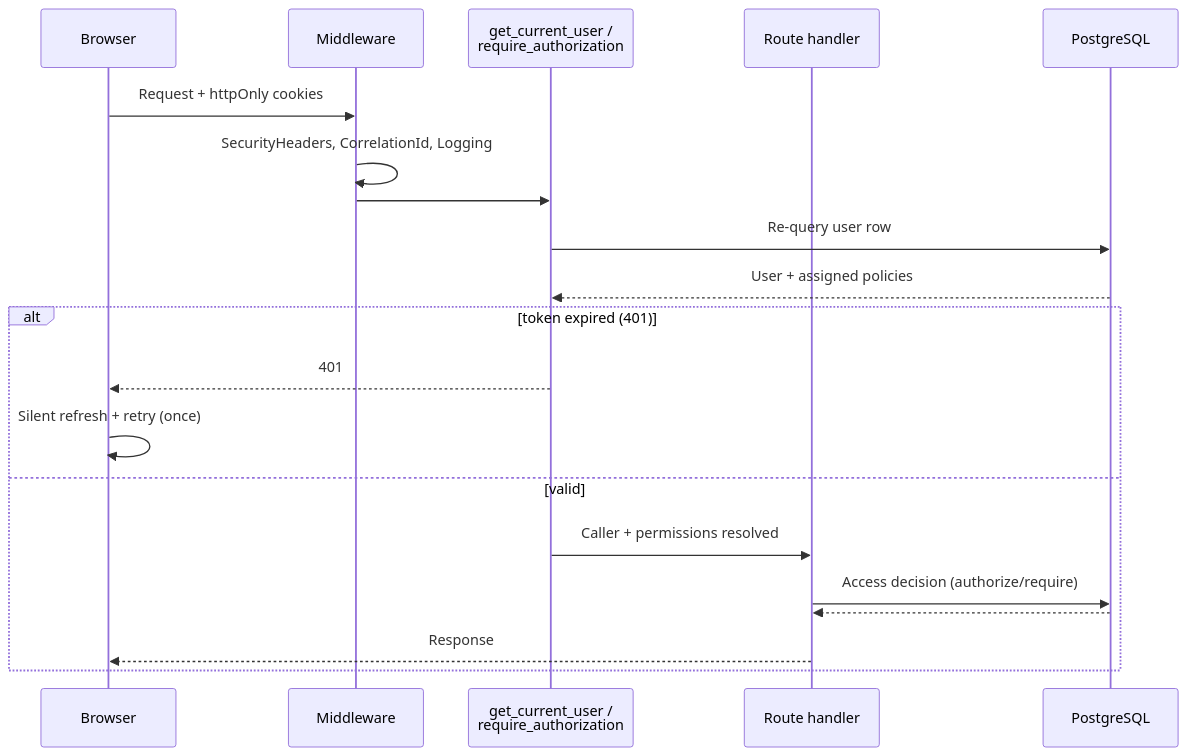
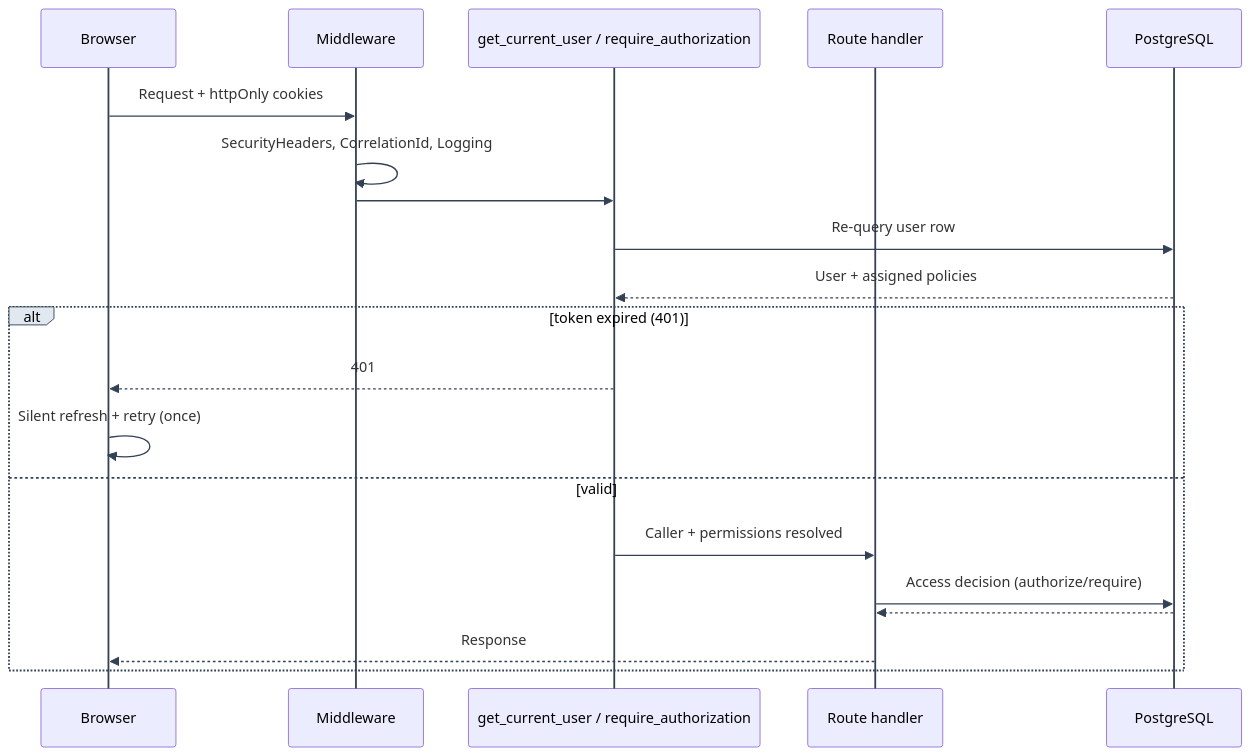
Before and after one commit to Nachiket-2024/balance_sheet_analysis: the second of 2 diagrams in docs/mystic_auth/architecture/system-overview.md, drawn with Mermaid. The commit also changed other lines of this file and 1793 other files, not shown here.

````diff
--- a/docs/mystic_auth/architecture/system-overview.md
+++ b/docs/mystic_auth/architecture/system-overview.md
@@ -44,23 +49,23 @@
 ```mermaid
+%%{init: {"themeVariables": {"lineColor": "#334155", "signalColor": "#334155", "actorLineColor": "#334155", "activationBorderColor": "#334155", "labelBoxBorderColor": "#334155", "labelBoxBkgColor": "#e2e8f0", "noteBorderColor": "#334155"}, "themeCSS": ".messageLine0, .messageLine1 { stroke-width: 2px !important; }"} }%%
 sequenceDiagram
     participant B as Browser
     participant M as Middleware
-    participant D as get_current_user /<br/>require_authorization
+    participant D as get_current_user / require_authorization
     participant R as Route handler
     participant DB as PostgreSQL
-
     B->>M: Request + httpOnly cookies
     M->>M: SecurityHeaders, CorrelationId, Logging
     M->>D: 
     D->>DB: Re-query user row
     DB-->>D: User + assigned policies
     alt token expired (401)
         D-->>B: 401
         B->>B: Silent refresh + retry (once)
     else valid
         D->>R: Caller + permissions resolved
         R->>DB: Access decision (authorize/require)
         DB-->>R: 
         R-->>B: Response
     end
 ```
````
